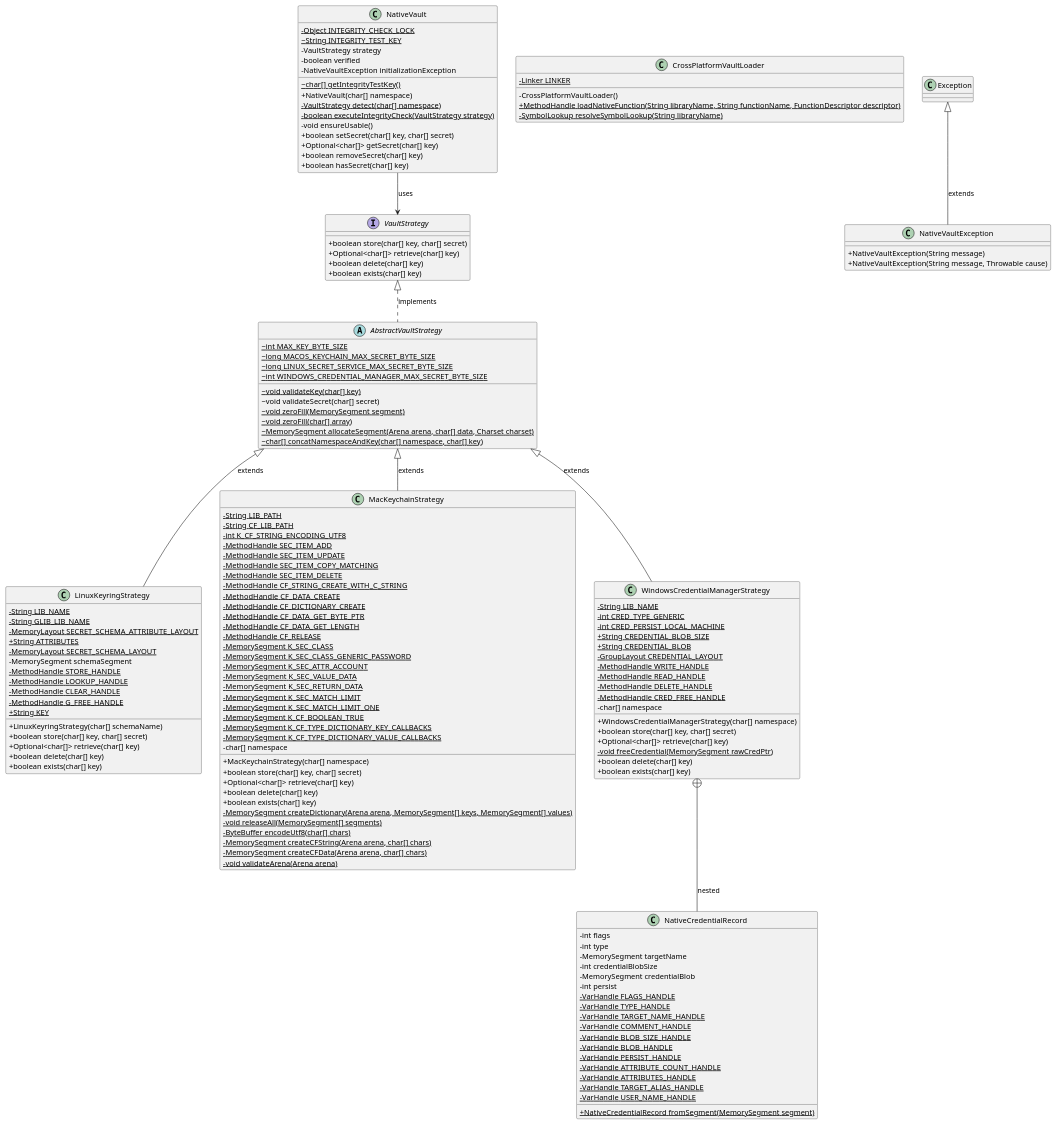
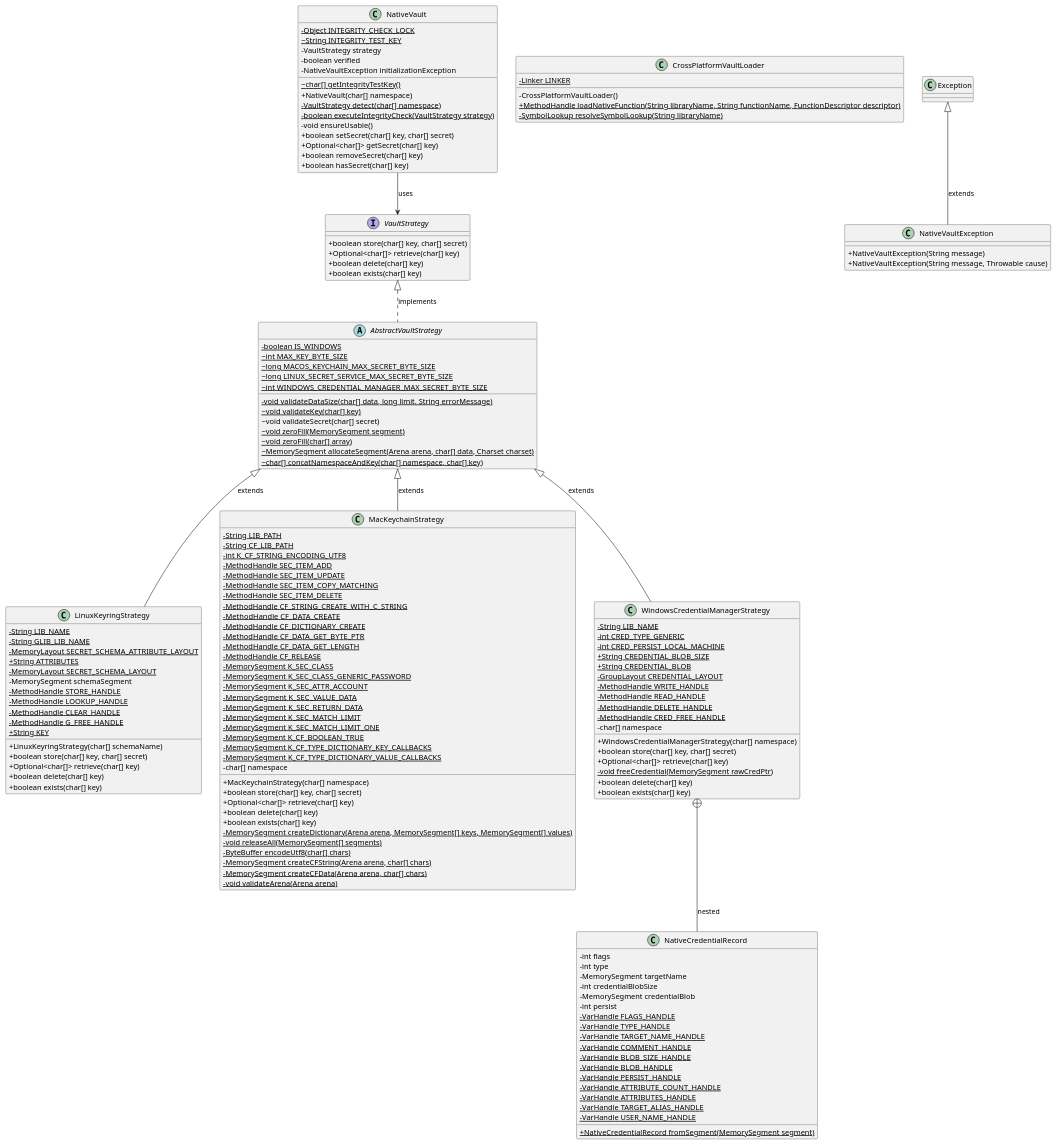
Before and after one commit to Lob2018/native-vault: the diagram in .myresources/uml/class.puml, drawn with PlantUML. The commit also changed 3 other files, not shown here.

```diff
--- a/.myresources/uml/class.puml
+++ b/.myresources/uml/class.puml
@@ -1,160 +1,162 @@
 @startuml
 skinparam classAttributeIconSize 0
 
 interface VaultStrategy {
     + boolean store(char[] key, char[] secret)
     + Optional<char[]> retrieve(char[] key)
     + boolean delete(char[] key)
     + boolean exists(char[] key)
 }
 
 abstract class AbstractVaultStrategy {
+    {static} - boolean IS_WINDOWS
     {static} ~ int MAX_KEY_BYTE_SIZE
     {static} ~ long MACOS_KEYCHAIN_MAX_SECRET_BYTE_SIZE
     {static} ~ long LINUX_SECRET_SERVICE_MAX_SECRET_BYTE_SIZE
     {static} ~ int WINDOWS_CREDENTIAL_MANAGER_MAX_SECRET_BYTE_SIZE
+    {static} - void validateDataSize(char[] data, long limit, String errorMessage)
     {static} ~ void validateKey(char[] key)
     ~ void validateSecret(char[] secret)
     {static} ~ void zeroFill(MemorySegment segment)
     {static} ~ void zeroFill(char[] array)
     {static} ~ MemorySegment allocateSegment(Arena arena, char[] data, Charset charset)
     {static} ~ char[] concatNamespaceAndKey(char[] namespace, char[] key)
 }
 
 class LinuxKeyringStrategy {
     {static} - String LIB_NAME
     {static} - String GLIB_LIB_NAME
     {static} - MemoryLayout SECRET_SCHEMA_ATTRIBUTE_LAYOUT
     {static} + String ATTRIBUTES
     {static} - MemoryLayout SECRET_SCHEMA_LAYOUT
     - MemorySegment schemaSegment
     {static} - MethodHandle STORE_HANDLE
     {static} - MethodHandle LOOKUP_HANDLE
     {static} - MethodHandle CLEAR_HANDLE
     {static} - MethodHandle G_FREE_HANDLE
     {static} + String KEY
     + LinuxKeyringStrategy(char[] schemaName)
     + boolean store(char[] key, char[] secret)
     + Optional<char[]> retrieve(char[] key)
     + boolean delete(char[] key)
     + boolean exists(char[] key)
 }
 
 class MacKeychainStrategy {
     {static} - String LIB_PATH
     {static} - String CF_LIB_PATH
     {static} - int K_CF_STRING_ENCODING_UTF8
     {static} - MethodHandle SEC_ITEM_ADD
     {static} - MethodHandle SEC_ITEM_UPDATE
     {static} - MethodHandle SEC_ITEM_COPY_MATCHING
     {static} - MethodHandle SEC_ITEM_DELETE
     {static} - MethodHandle CF_STRING_CREATE_WITH_C_STRING
     {static} - MethodHandle CF_DATA_CREATE
     {static} - MethodHandle CF_DICTIONARY_CREATE
     {static} - MethodHandle CF_DATA_GET_BYTE_PTR
     {static} - MethodHandle CF_DATA_GET_LENGTH
     {static} - MethodHandle CF_RELEASE
     {static} - MemorySegment K_SEC_CLASS
     {static} - MemorySegment K_SEC_CLASS_GENERIC_PASSWORD
     {static} - MemorySegment K_SEC_ATTR_ACCOUNT
     {static} - MemorySegment K_SEC_VALUE_DATA
     {static} - MemorySegment K_SEC_RETURN_DATA
     {static} - MemorySegment K_SEC_MATCH_LIMIT
     {static} - MemorySegment K_SEC_MATCH_LIMIT_ONE
     {static} - MemorySegment K_CF_BOOLEAN_TRUE
     {static} - MemorySegment K_CF_TYPE_DICTIONARY_KEY_CALLBACKS
     {static} - MemorySegment K_CF_TYPE_DICTIONARY_VALUE_CALLBACKS
     - char[] namespace
     + MacKeychainStrategy(char[] namespace)
     + boolean store(char[] key, char[] secret)
     + Optional<char[]> retrieve(char[] key)
     + boolean delete(char[] key)
     + boolean exists(char[] key)
     {static} - MemorySegment createDictionary(Arena arena, MemorySegment[] keys, MemorySegment[] values)
     {static} - void releaseAll(MemorySegment[] segments)
     {static} - ByteBuffer encodeUtf8(char[] chars)
     {static} - MemorySegment createCFString(Arena arena, char[] chars)
     {static} - MemorySegment createCFData(Arena arena, char[] chars)
     {static} - void validateArena(Arena arena)
 }
 
 class WindowsCredentialManagerStrategy {
     {static} - String LIB_NAME
     {static} - int CRED_TYPE_GENERIC
     {static} - int CRED_PERSIST_LOCAL_MACHINE
     {static} + String CREDENTIAL_BLOB_SIZE
     {static} + String CREDENTIAL_BLOB
     {static} - GroupLayout CREDENTIAL_LAYOUT
     {static} - MethodHandle WRITE_HANDLE
     {static} - MethodHandle READ_HANDLE
     {static} - MethodHandle DELETE_HANDLE
     {static} - MethodHandle CRED_FREE_HANDLE
     - char[] namespace
     + WindowsCredentialManagerStrategy(char[] namespace)
     + boolean store(char[] key, char[] secret)
     + Optional<char[]> retrieve(char[] key)
     {static} - void freeCredential(MemorySegment rawCredPtr)
     + boolean delete(char[] key)
     + boolean exists(char[] key)
 }
 
 class "NativeCredentialRecord" as WindowsCredentialManagerStrategy_NativeCredentialRecord {
     - int flags
     - int type
     - MemorySegment targetName
     - int credentialBlobSize
     - MemorySegment credentialBlob
     - int persist
     {static} - VarHandle FLAGS_HANDLE
     {static} - VarHandle TYPE_HANDLE
     {static} - VarHandle TARGET_NAME_HANDLE
     {static} - VarHandle COMMENT_HANDLE
     {static} - VarHandle BLOB_SIZE_HANDLE
     {static} - VarHandle BLOB_HANDLE
     {static} - VarHandle PERSIST_HANDLE
     {static} - VarHandle ATTRIBUTE_COUNT_HANDLE
     {static} - VarHandle ATTRIBUTES_HANDLE
     {static} - VarHandle TARGET_ALIAS_HANDLE
     {static} - VarHandle USER_NAME_HANDLE
     {static} + NativeCredentialRecord fromSegment(MemorySegment segment)
 }
 
 class NativeVault {
     {static} - Object INTEGRITY_CHECK_LOCK
     {static} ~ String INTEGRITY_TEST_KEY
     - VaultStrategy strategy
     - boolean verified
     - NativeVaultException initializationException
     {static} ~ char[] getIntegrityTestKey()
     + NativeVault(char[] namespace)
     {static} - VaultStrategy detect(char[] namespace)
     {static} - boolean executeIntegrityCheck(VaultStrategy strategy)
     - void ensureUsable()
     + boolean setSecret(char[] key, char[] secret)
     + Optional<char[]> getSecret(char[] key)
     + boolean removeSecret(char[] key)
     + boolean hasSecret(char[] key)
 }
 
 class CrossPlatformVaultLoader {
     {static} - Linker LINKER
     - CrossPlatformVaultLoader()
     {static} + MethodHandle loadNativeFunction(String libraryName, String functionName, FunctionDescriptor descriptor)
     {static} - SymbolLookup resolveSymbolLookup(String libraryName)
 }
 
 class NativeVaultException {
     + NativeVaultException(String message)
     + NativeVaultException(String message, Throwable cause)
 }
 
 class Exception
 
 VaultStrategy <|.. AbstractVaultStrategy : implements
 AbstractVaultStrategy <|-- LinuxKeyringStrategy : extends
 AbstractVaultStrategy <|-- MacKeychainStrategy : extends
 AbstractVaultStrategy <|-- WindowsCredentialManagerStrategy : extends
 WindowsCredentialManagerStrategy +-- WindowsCredentialManagerStrategy_NativeCredentialRecord : nested
 NativeVault --> VaultStrategy : uses
 Exception <|-- NativeVaultException : extends
 @enduml
```
